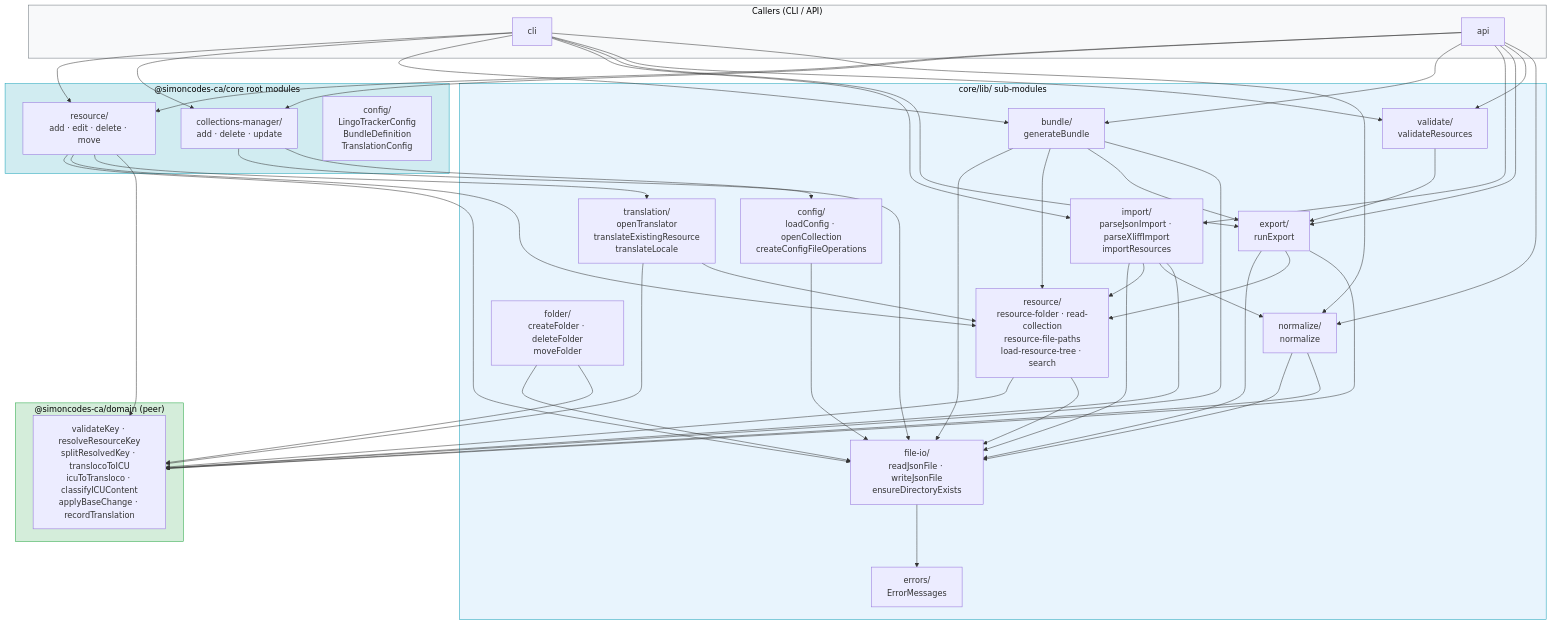
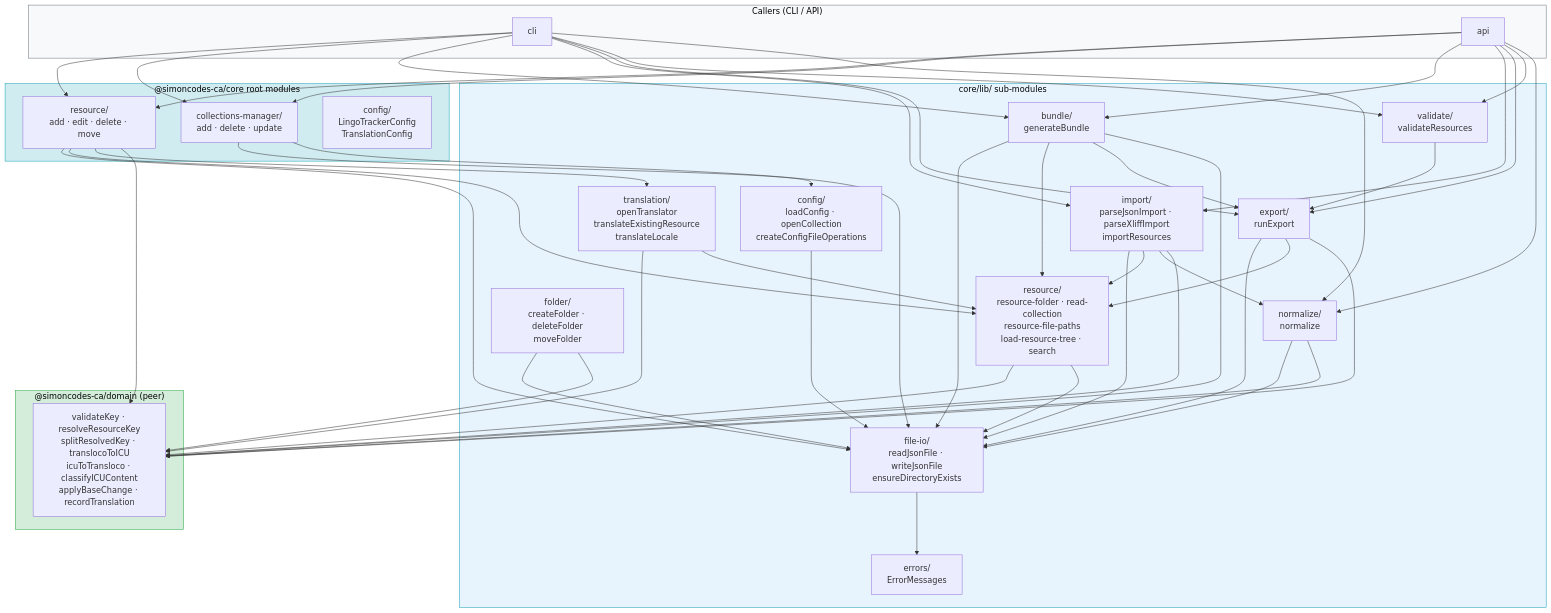
Before and after one commit to SimonNodel-AI/lingo-tracker: the first of 2 diagrams in architecture-docs/core-library.md, drawn with Mermaid. The commit also changed other lines of this file and 47 other files, not shown here.

First line of the commit message:
refactor: one bundle definition module in domain

```diff
--- a/architecture-docs/core-library.md
+++ b/architecture-docs/core-library.md
@@ -160,7 +160,7 @@
     subgraph core["@simoncodes-ca/core root modules"]
         RESOURCE["resource/\nadd · edit · delete · move"]
         COLLECTIONS["collections-manager/\nadd · delete · update"]
-        CONFIG_ROOT["config/\nLingoTrackerConfig\nBundleDefinition\nTranslationConfig"]
+        CONFIG_ROOT["config/\nLingoTrackerConfig\nTranslationConfig"]
     end
 
     subgraph lib["core/lib/ sub-modules"]
```
